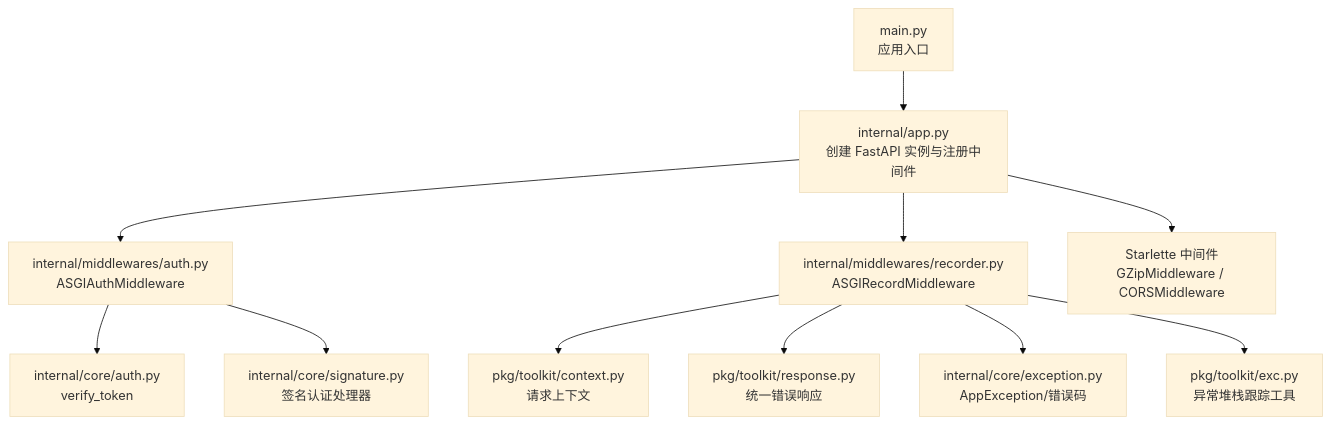
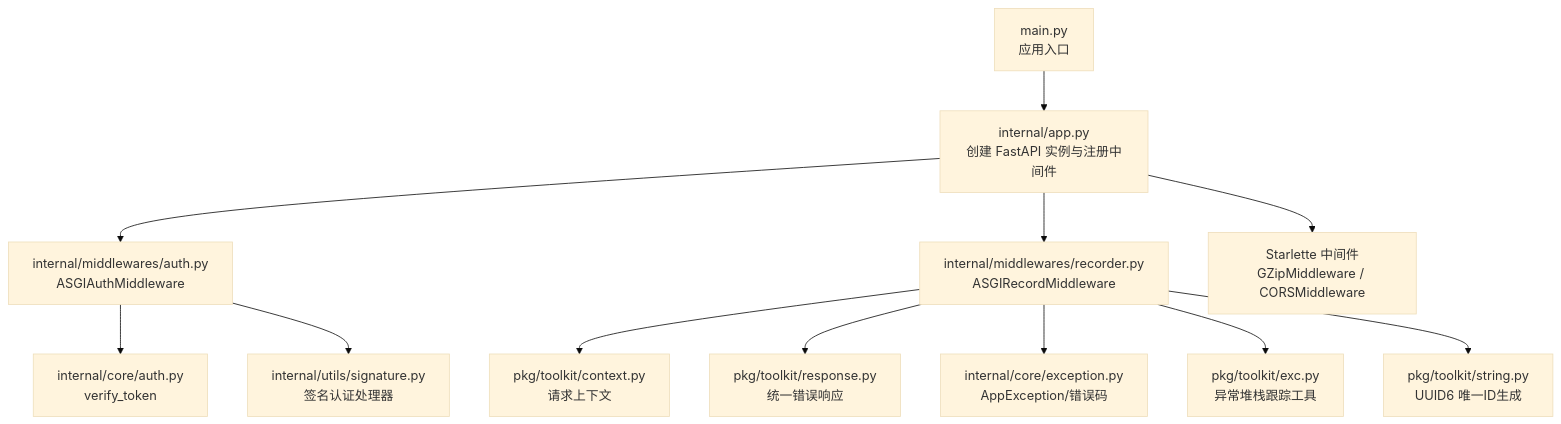
The first of 5 diagrams in .qoder/repowiki/zh/content/中间件系统.md (lilinzezzzzzz/fastapi-backend), drawn with Mermaid (base theme) before and after one commit. The commit also changed other lines of this file and 42 other files, not shown here.

````diff
--- a/.qoder/repowiki/zh/content/中间件系统.md
+++ b/.qoder/repowiki/zh/content/中间件系统.md
@@ -45,13 +48,14 @@
 ```mermaid
 graph TB
 A["main.py<br/>应用入口"] --> B["internal/app.py<br/>创建 FastAPI 实例与注册中间件"]
 B --> C["internal/middlewares/auth.py<br/>ASGIAuthMiddleware"]
 B --> D["internal/middlewares/recorder.py<br/>ASGIRecordMiddleware"]
 B --> E["Starlette 中间件<br/>GZipMiddleware / CORSMiddleware"]
 C --> F["internal/core/auth.py<br/>verify_token"]
-C --> G["internal/core/signature.py<br/>签名认证处理器"]
+C --> G["internal/utils/signature.py<br/>签名认证处理器"]
 D --> H["pkg/toolkit/context.py<br/>请求上下文"]
 D --> I["pkg/toolkit/response.py<br/>统一错误响应"]
 D --> J["internal/core/exception.py<br/>AppException/错误码"]
 D --> K["pkg/toolkit/exc.py<br/>异常堆栈跟踪工具"]
+D --> L["pkg/toolkit/string.py<br/>UUID6 唯一ID生成"]
 ```
````
